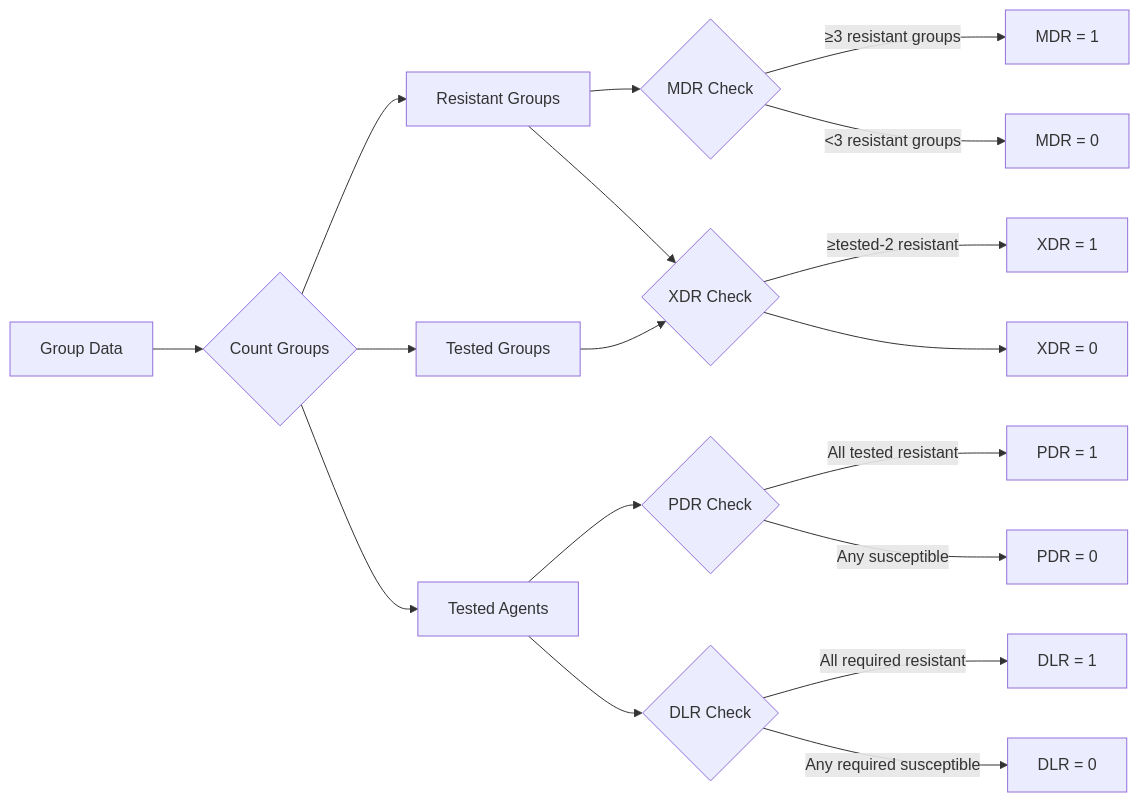
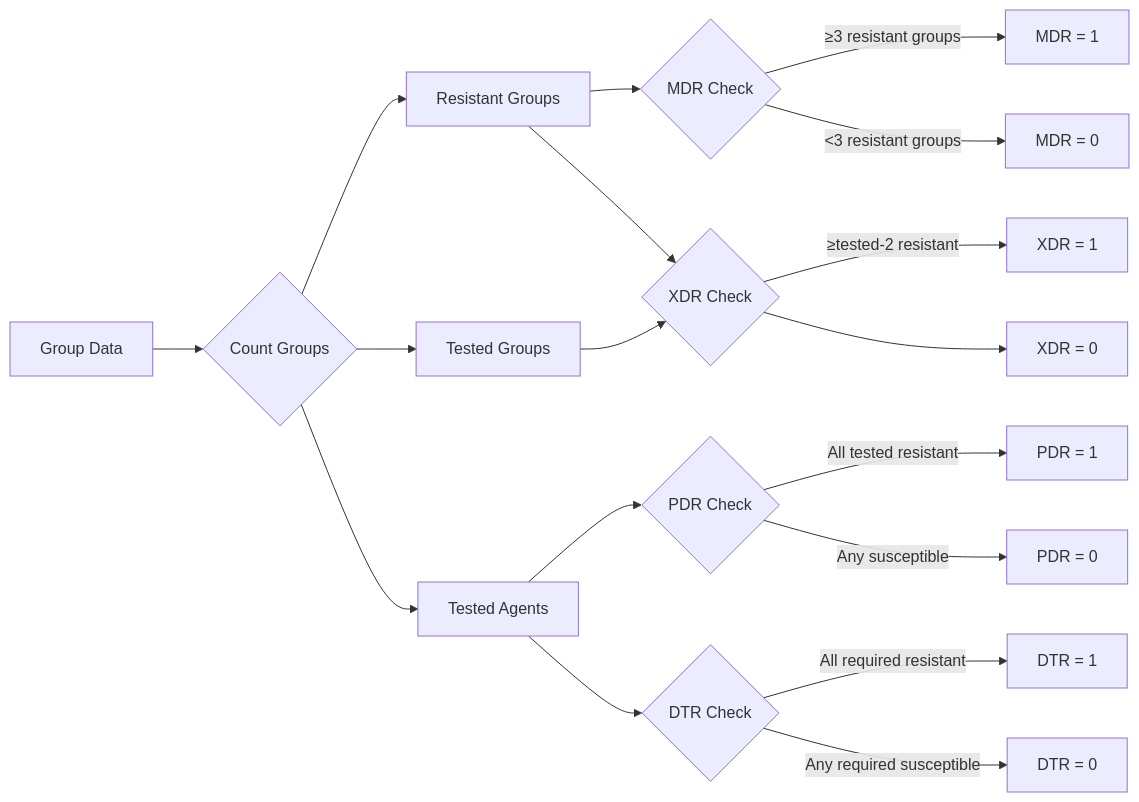
The third of 3 diagrams in dev/developer-guide/mdro-flags.md (Common-Longitudinal-ICU-data-Format/clifpy), drawn with Mermaid before and after one commit. The commit also changed other lines of this file and 3 other files, not shown here.

````diff
--- a/dev/developer-guide/mdro-flags.md
+++ b/dev/developer-guide/mdro-flags.md
@@ -238,24 +238,24 @@
 ```mermaid
 flowchart LR
     A[Group Data] --> B{Count Groups}
     B --> C[Resistant Groups]
     B --> D[Tested Groups]
     B --> E[Tested Agents]
 
     C --> F{MDR Check}
     F -->|≥3 resistant groups| G[MDR = 1]
     F -->|<3 resistant groups| H[MDR = 0]
 
     C --> I{XDR Check}
     D --> I
     I -->|≥tested-2 resistant| J[XDR = 1]
     I -->|<tested-2 resistant| K[XDR = 0]
 
     E --> L{PDR Check}
     L -->|All tested resistant| M[PDR = 1]
     L -->|Any susceptible| N[PDR = 0]
 
-    E --> O{DLR Check}
-    O -->|All required resistant| P[DLR = 1]
-    O -->|Any required susceptible| Q[DLR = 0]
+    E --> O{DTR Check}
+    O -->|All required resistant| P[DTR = 1]
+    O -->|Any required susceptible| Q[DTR = 0]
 ```
````
